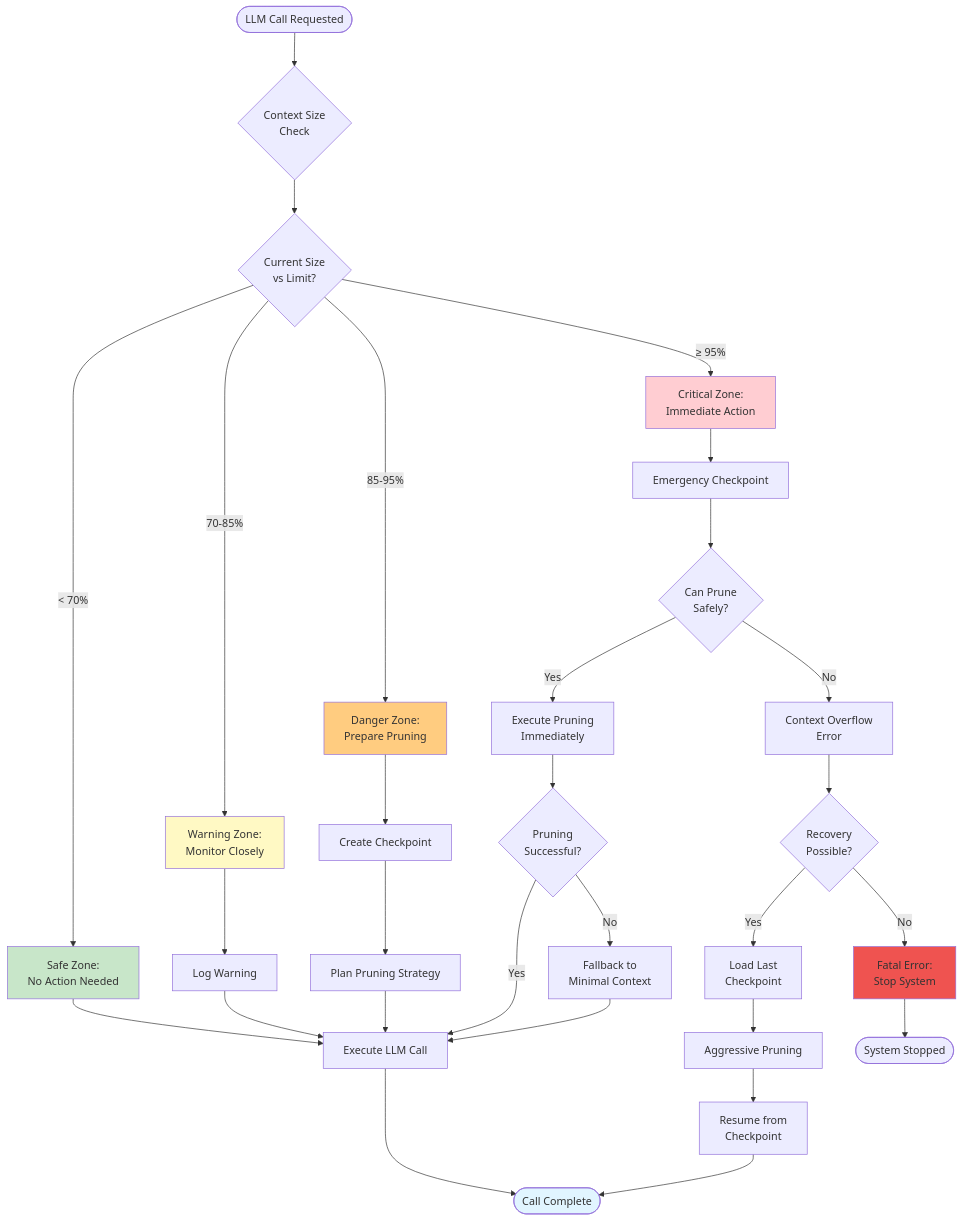
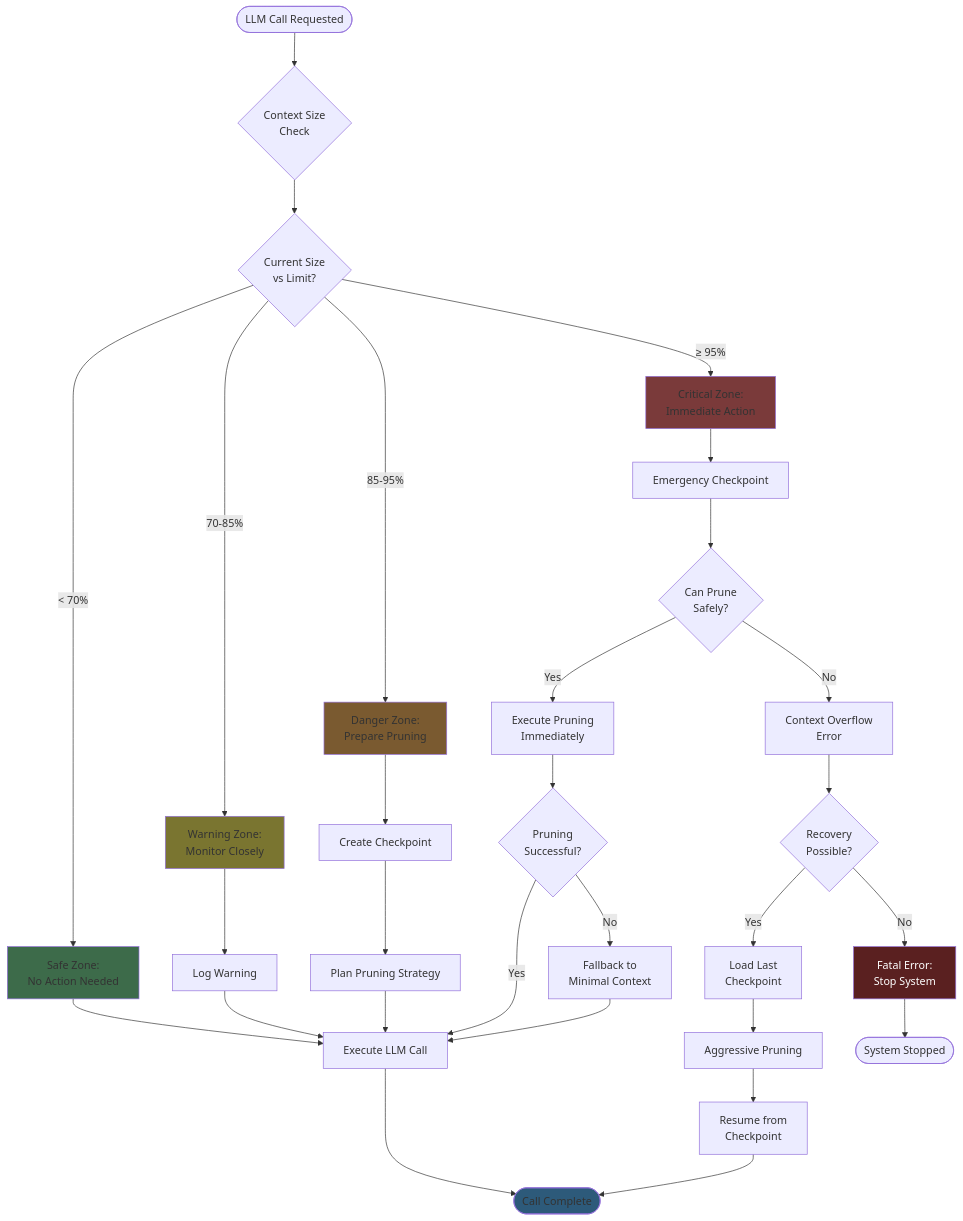
Before and after one commit to thamam/moderator: the first of 2 diagrams in docs/diagrams/context-management-strategy.md, drawn with Mermaid. The commit also changed 11 other files, not shown here.

Commit message:
chagned diagrams colors

````diff
--- a/docs/diagrams/context-management-strategy.md
+++ b/docs/diagrams/context-management-strategy.md
@@ -8,52 +8,52 @@
 ```mermaid
 flowchart TD
     Start([LLM Call Requested]) --> CheckSize{Context Size<br/>Check}
 
     CheckSize --> Size{Current Size<br/>vs Limit?}
 
     Size -->|< 70%| SafeZone[Safe Zone:<br/>No Action Needed]
     Size -->|70-85%| WarningZone[Warning Zone:<br/>Monitor Closely]
     Size -->|85-95%| DangerZone[Danger Zone:<br/>Prepare Pruning]
     Size -->|≥ 95%| CriticalZone[Critical Zone:<br/>Immediate Action]
 
     SafeZone --> Execute[Execute LLM Call]
 
     WarningZone --> LogWarning[Log Warning]
     LogWarning --> Execute
 
     DangerZone --> CreateCheckpoint[Create Checkpoint]
     CreateCheckpoint --> PlanPruning[Plan Pruning Strategy]
     PlanPruning --> Execute
 
     CriticalZone --> EmergencyCheckpoint[Emergency Checkpoint]
     EmergencyCheckpoint --> MustPrune{Can Prune<br/>Safely?}
 
     MustPrune -->|Yes| PruneNow[Execute Pruning<br/>Immediately]
     PruneNow --> ValidatePrune{Pruning<br/>Successful?}
 
     ValidatePrune -->|Yes| Execute
     ValidatePrune -->|No| FallbackMinimal[Fallback to<br/>Minimal Context]
 
     FallbackMinimal --> Execute
 
     MustPrune -->|No| Overflow[Context Overflow<br/>Error]
 
     Overflow --> RecoveryDecision{Recovery<br/>Possible?}
 
     RecoveryDecision -->|Yes| LoadCheckpoint[Load Last<br/>Checkpoint]
     LoadCheckpoint --> AggressivePrune[Aggressive Pruning]
     AggressivePrune --> Resume[Resume from<br/>Checkpoint]
 
     RecoveryDecision -->|No| Fatal[Fatal Error:<br/>Stop System]
 
     Execute --> Success([Call Complete])
     Resume --> Success
     Fatal --> End([System Stopped])
 
-    style SafeZone fill:#c8e6c9
-    style WarningZone fill:#fff9c4
-    style DangerZone fill:#ffcc80
-    style CriticalZone fill:#ffcdd2
-    style Fatal fill:#ef5350
-    style Success fill:#e1f5ff
+    style SafeZone fill:#3d6b4a
+    style WarningZone fill:#7a7530
+    style DangerZone fill:#7a5a30
+    style CriticalZone fill:#7a3a3a
+    style Fatal fill:#5a2020,color:#fff
+    style Success fill:#2d5a7a
 ```
````
